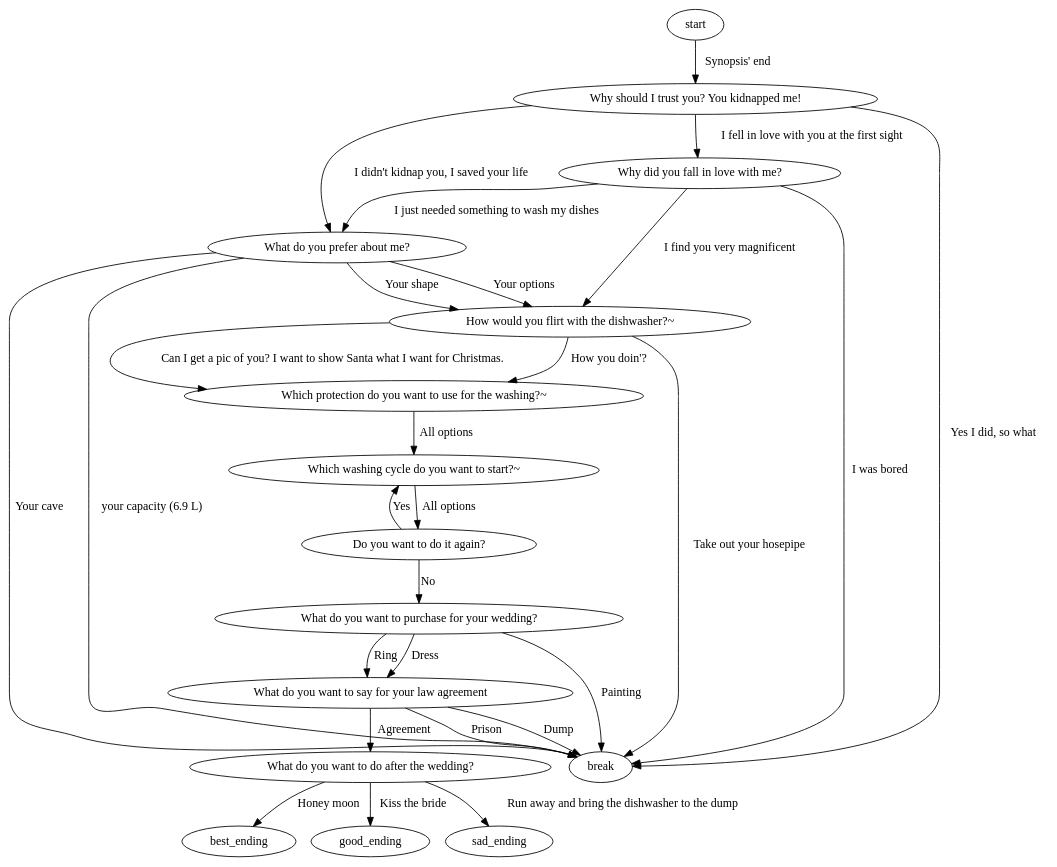
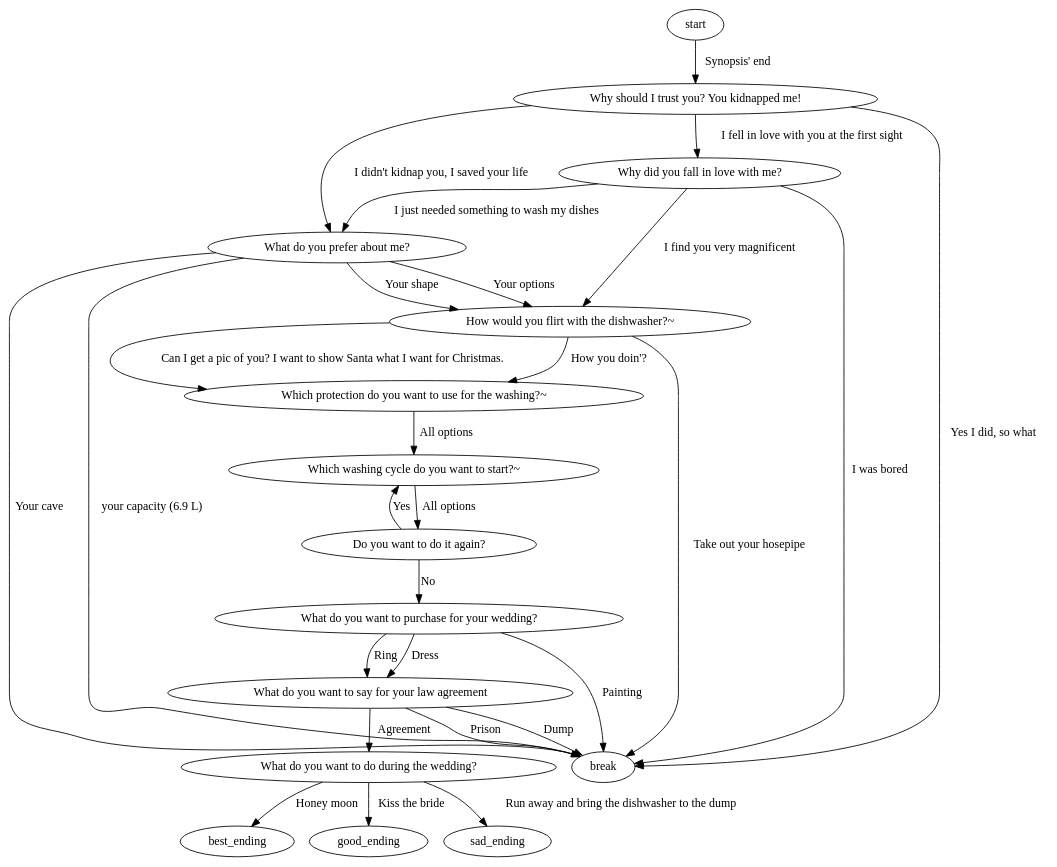
Before and after one commit to HiNett/CarbonWashing: the diagram in synopsis/choices.dot, drawn with Graphviz. The commit also changed 1 other file, not shown here.

```diff
--- a/synopsis/choices.dot
+++ b/synopsis/choices.dot
@@ -1,46 +1,46 @@
 // To preview, download this extension:
 // https://marketplace.visualstudio.com/items?itemName=tintinweb.graphviz-interactive-preview
 
 digraph carbonwashing {
     start
     Q1 [label="Why should I trust you? You kidnapped me!"]
     Q2 [label="Why did you fall in love with me?"]
     Q3 [label="What do you prefer about me?"]
     Q4 [label="How would you flirt with the dishwasher?~"]
     Q5 [label="Which protection do you want to use for the washing?~"]
     Q6 [label="Which washing cycle do you want to start?~"]
     Q7 [label="Do you want to do it again?"]
     Q8 [label="What do you want to purchase for your wedding?"]
     Q9 [label="What do you want to say for your law agreement"]
-    Q10 [label="What do you want to do after the wedding?"]
+    Q10 [label="What do you want to do during the wedding?"]
     break
 
     start -> Q1 [label = "Synopsis' end"]
     Q1 -> Q2 [label="I fell in love with you at the first sight"]
     Q1 -> Q3 [label="I didn't kidnap you, I saved your life"]
     Q1 -> break [label="Yes I did, so what"]
     Q2 -> Q3 [label="I just needed something to wash my dishes"]
     Q2 -> Q4 [label="I find you very magnificent"]
     Q2 -> break [label="I was bored"]
     Q3 -> Q4 [label="Your options"]
     Q3 -> Q4 [label="Your shape"]
     Q3 -> break [label="Your cave"]
     Q3 -> break [label="your capacity (6.9 L)"]
     Q4 -> Q5 [label="How you doin'?"]
     Q4 -> Q5 [label="Can I get a pic of you? I want to show Santa what I want for Christmas."]
     Q4 -> break [label="Take out your hosepipe"]
     Q5 -> Q6 [label="All options"]
     Q6 -> Q7 [label="All options"]
     Q7 -> Q8 [label="No"]
     Q7 -> Q6 [label="Yes"]
     Q8 -> Q9 [label="Ring"]
     Q8 -> Q9 [label="Dress"]
     Q8 -> break [label="Painting"]
     Q9 -> Q10 [label="Agreement"]
     Q9 -> break [label="Dump"]
     Q9 -> break [label="Prison"]
     Q10 -> best_ending [label="Honey moon"]
     Q10 -> good_ending [label="Kiss the bride"]
     Q10 -> sad_ending [label="Run away and bring the dishwasher to the dump"]
 
 }
```
